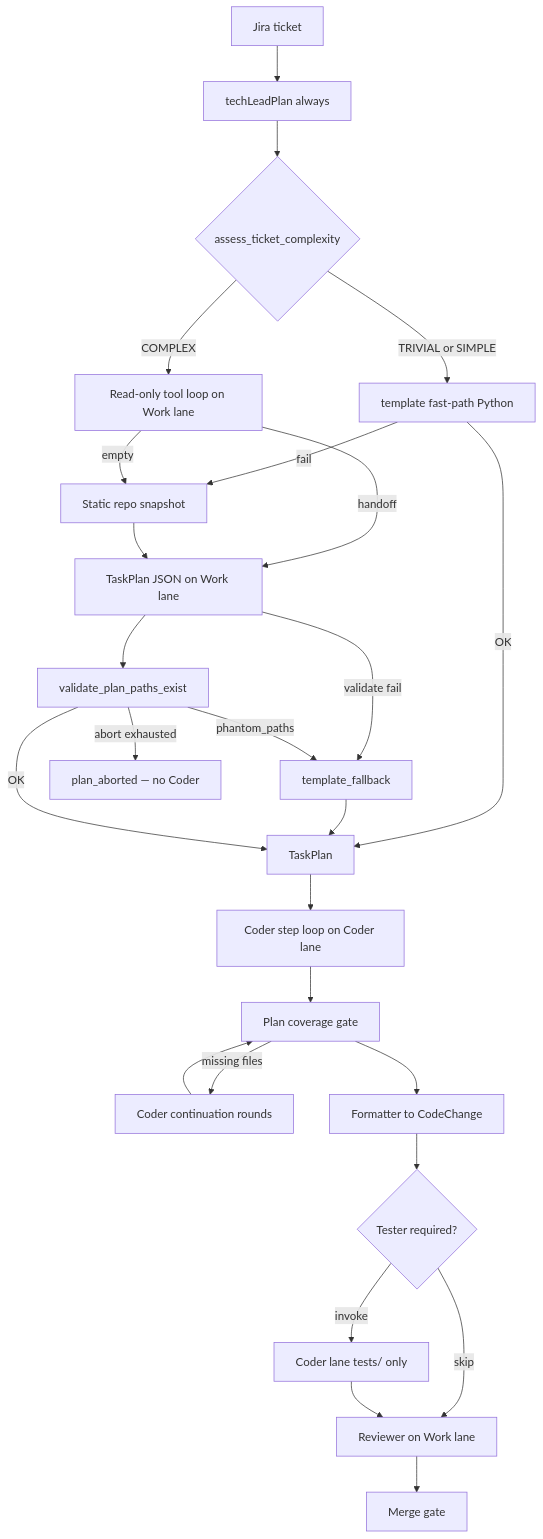
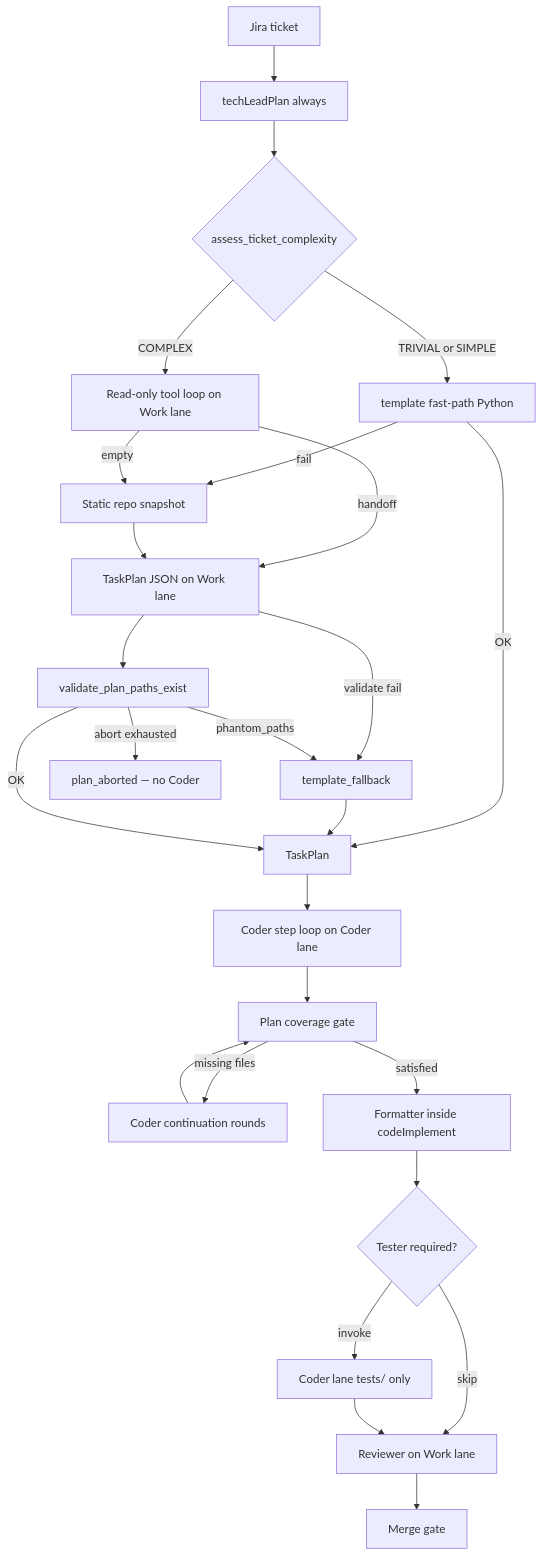
Before and after one commit to MWilk97/sprint-crew-v2: the diagram in docs/agent-orchestration.md, drawn with Mermaid. The commit also changed 45 other files, not shown here.

````diff
--- a/docs/agent-orchestration.md
+++ b/docs/agent-orchestration.md
@@ -7,28 +7,28 @@
 ```mermaid
 flowchart TD
   Ticket[Jira ticket] --> TechLeadPlan[techLeadPlan always]
   TechLeadPlan --> Assess{assess_ticket_complexity}
   Assess -->|TRIVIAL or SIMPLE| TemplateTry[template fast-path Python]
   Assess -->|COMPLEX| ToolLoop[Read-only tool loop on Work lane]
   TemplateTry -->|OK| TaskPlan[TaskPlan]
   TemplateTry -->|fail| StaticPlan[Static repo snapshot]
   ToolLoop -->|handoff| TaskPlanJSON[TaskPlan JSON on Work lane]
   ToolLoop -->|empty| StaticPlan
   StaticPlan --> TaskPlanJSON
   TaskPlanJSON -->|validate fail| TemplateFallback[template_fallback]
   TemplateFallback --> TaskPlan
   TaskPlanJSON --> PathGate[validate_plan_paths_exist]
   PathGate -->|phantom_paths| TemplateFallback
   PathGate -->|abort exhausted| PlanAborted[plan_aborted — no Coder]
   PathGate -->|OK| TaskPlan
   TaskPlan --> StepCoder[Coder step loop on Coder lane]
   StepCoder --> CoverageGate[Plan coverage gate]
   CoverageGate -->|missing files| ContinueCoder[Coder continuation rounds]
   ContinueCoder --> CoverageGate
-  CoverageGate --> Formatter[Formatter to CodeChange]
+  CoverageGate -->|satisfied| Formatter[Formatter inside codeImplement]
   Formatter --> TesterRule{Tester required?}
   TesterRule -->|invoke| Tester[Coder lane tests/ only]
   TesterRule -->|skip| Reviewer[Reviewer on Work lane]
   Tester --> Reviewer
   Reviewer --> MergeGate[Merge gate]
 ```
````
